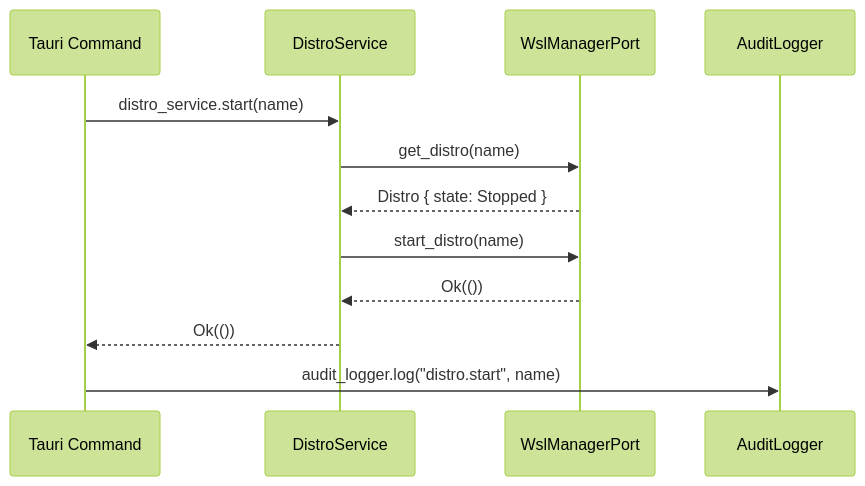
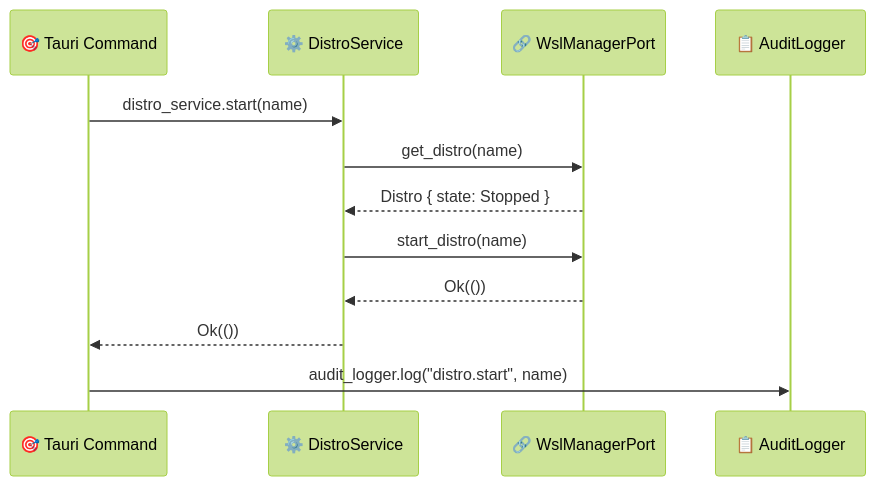
The third of 3 diagrams in src-tauri/src/application/README.md (muchiny/wsl-dashboard), drawn with Mermaid (forest theme) before and after one commit. The commit also changed other lines of this file and 14 other files, not shown here.

First line of the commit message:
chore: bump version to 1.0.1, enrich READMEs with emojis and mermaid diagrams

````diff
--- a/src-tauri/src/application/README.md
+++ b/src-tauri/src/application/README.md
@@ -94,15 +94,15 @@
 ```mermaid
 sequenceDiagram
-    participant P as Tauri Command
-    participant S as DistroService
-    participant Port as WslManagerPort
-    participant A as AuditLogger
+    participant P as 🎯 Tauri Command
+    participant S as ⚙️ DistroService
+    participant Port as 🔗 WslManagerPort
+    participant A as 📋 AuditLogger
 
     P->>S: distro_service.start(name)
     S->>Port: get_distro(name)
     Port-->>S: Distro { state: Stopped }
     S->>Port: start_distro(name)
     Port-->>S: Ok(())
     S-->>P: Ok(())
     P->>A: audit_logger.log("distro.start", name)
 ```
````
